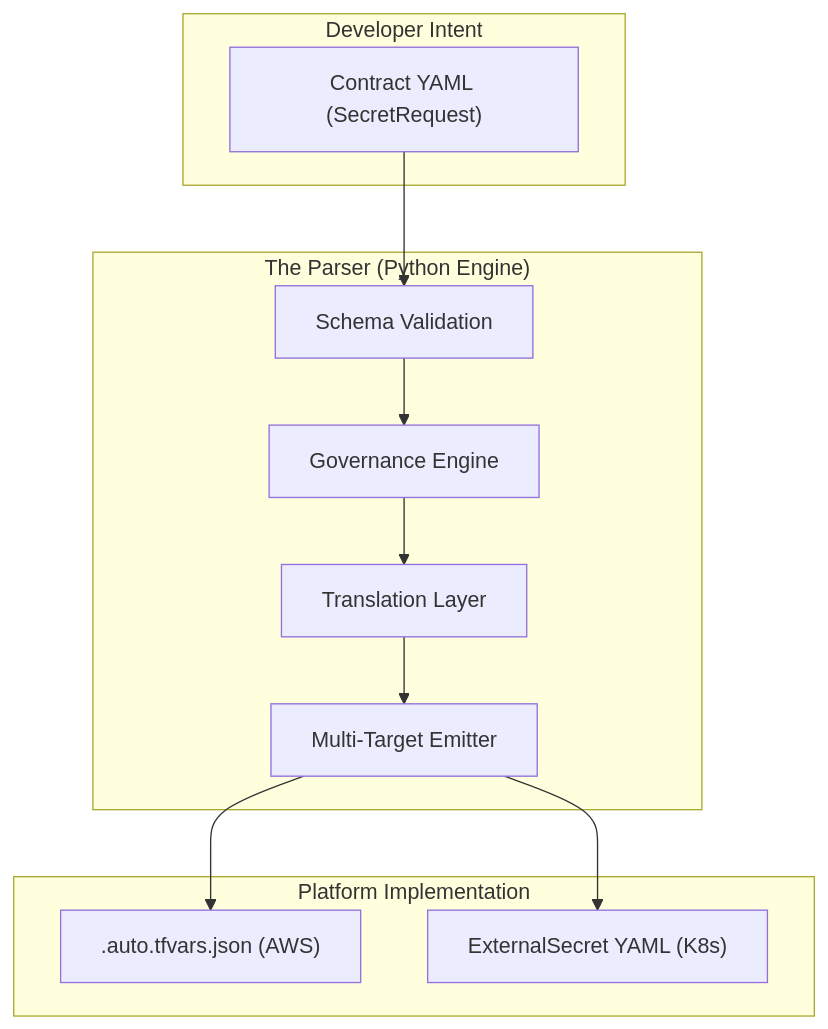
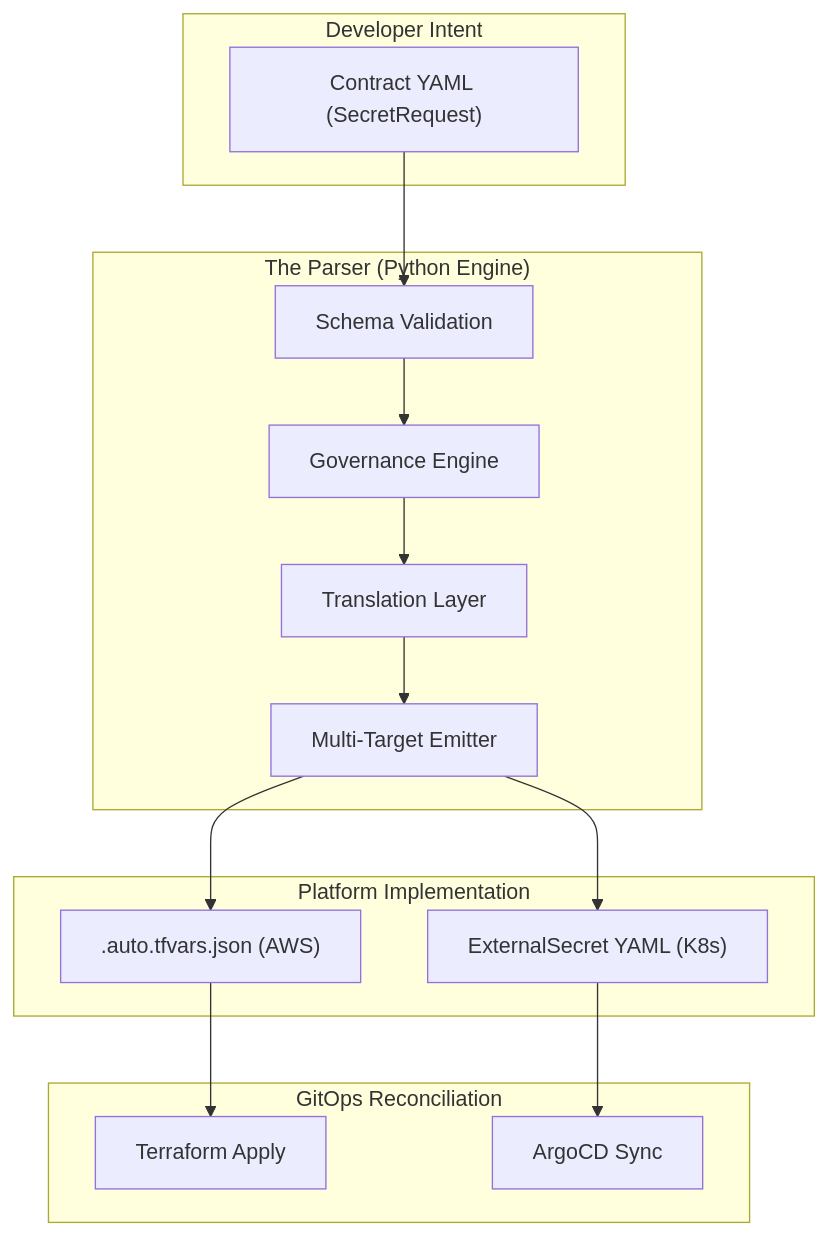
Before and after one commit to mikeybeezy/goldenpath-idp-infra: the diagram in docs/adrs/ADR-0144-intent-to-projection-parser.md, drawn with Mermaid. The commit also changed other lines of this file and 1 other file, not shown here.

Commit message:
docs: clarify ArgoCD sync for ESO artifacts in ADR-0144 and flow guide

````diff
--- a/docs/adrs/ADR-0144-intent-to-projection-parser.md
+++ b/docs/adrs/ADR-0144-intent-to-projection-parser.md
@@ -34,21 +34,28 @@
 ```mermaid
 graph TD
     subgraph Input ["Developer Intent"]
         A["Contract YAML (SecretRequest)"]
     end
 
     subgraph Parser ["The Parser (Python Engine)"]
         B["Schema Validation"] --> C["Governance Engine"]
         C --> D["Translation Layer"]
         D --> E["Multi-Target Emitter"]
     end
 
     subgraph Output ["Platform Implementation"]
         F[".auto.tfvars.json (AWS)"]
         G["ExternalSecret YAML (K8s)"]
     end
 
+    subgraph Sync ["GitOps Reconciliation"]
+        H["Terraform Apply"]
+        I["ArgoCD Sync"]
+    end
+
     A --> B
     E --> F
     E --> G
+    F --> H
+    G --> I
 ```
````
